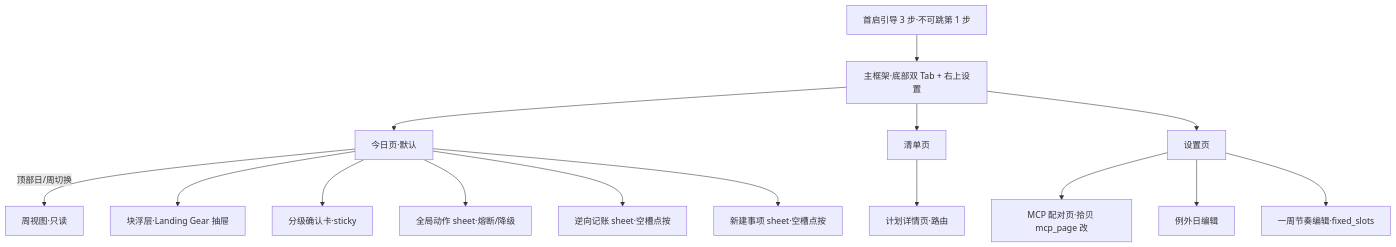
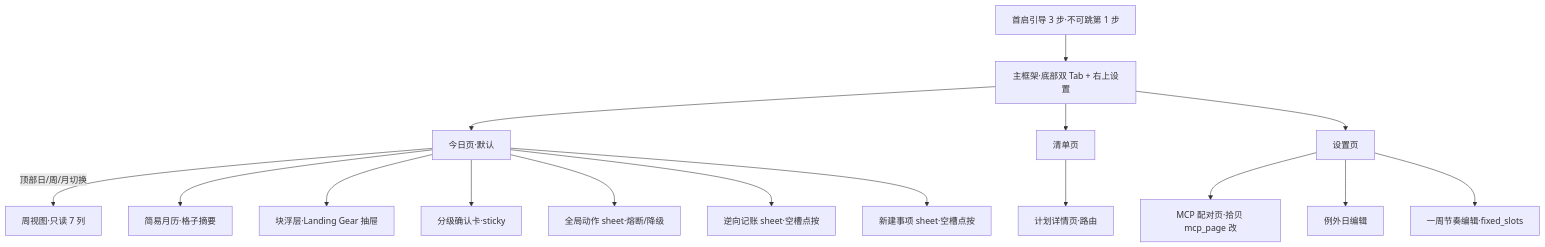
One commit to loveheng/goodtime changed the first of 2 diagrams in docs/design/ui-spec.md. Above: the diagram before and after it, drawn with Mermaid. The commit also changed other lines of this file and 80 other files, not shown here.

First line of the commit message:
feat: M1–M4 全量落地——三表 SQLite v2 + 命令层 + MCP 十工具服务端 + 四视图 UI + 减震/心理/现实接口

````diff
--- a/docs/design/ui-spec.md
+++ b/docs/design/ui-spec.md
@@ -83,17 +103,18 @@
 ```mermaid
 flowchart TD
   OB[首启引导 3 步·不可跳第 1 步] --> FRAME[主框架·底部双 Tab + 右上设置]
   FRAME --> TODAY[今日页·默认]
   FRAME --> LIST[清单页]
   FRAME --> SET[设置页]
-  TODAY -- 顶部日/周切换 --> WEEK[周视图·只读]
+  TODAY -- 顶部日/周/月切换 --> WEEK[周视图·只读 7 列]
+  TODAY --> MONTH[简易月历·格子摘要]
   TODAY --> BSHEET[块浮层·Landing Gear 抽屉]
   TODAY --> CCARD[分级确认卡·sticky]
   TODAY --> PANIC[全局动作 sheet·熔断/降级]
   TODAY --> RETRO[逆向记账 sheet·空槽点按]
   TODAY --> NEWB[新建事项 sheet·空槽点按]
   LIST --> DETAIL[计划详情页·路由]
   SET --> MCPG[MCP 配对页·拾贝 mcp_page 改]
   SET --> EXC[例外日编辑]
   SET --> SLOTS[一周节奏编辑·fixed_slots]
 ```
````
